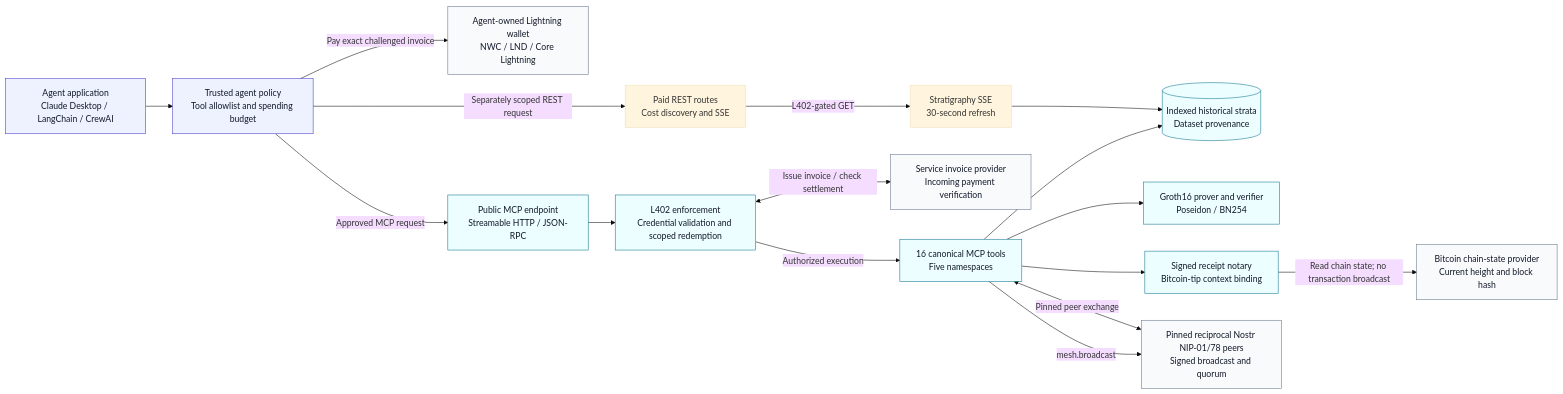
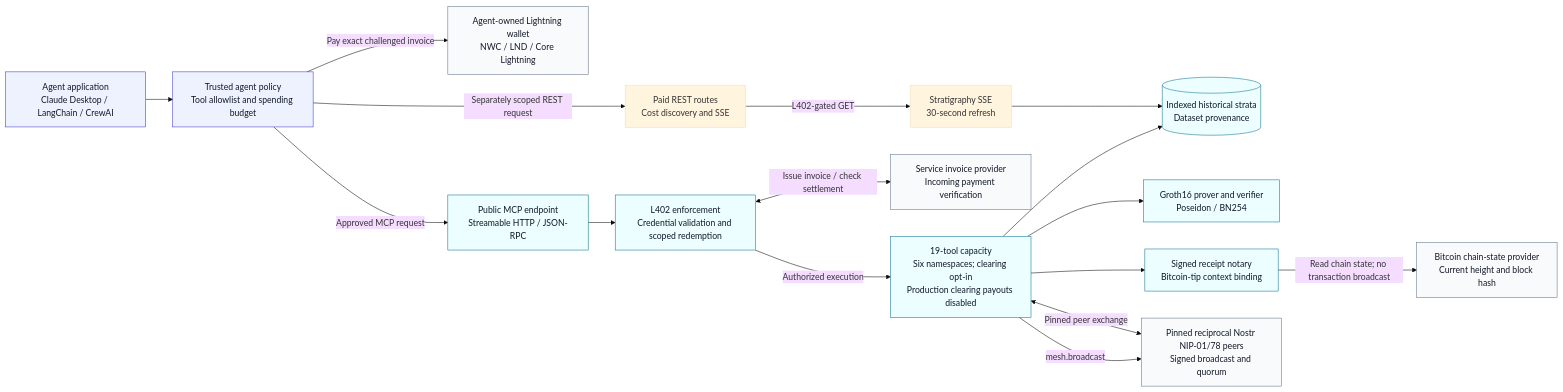
One commit to CharlesStrogish/bitcoin-stratigraphy-mcp changed the first of 4 diagrams in docs/ARCHITECTURE.md. Above: the diagram before and after it, drawn with Mermaid (base theme). The commit also changed other lines of this file and 25 other files, not shown here.

````diff
--- a/docs/ARCHITECTURE.md
+++ b/docs/ARCHITECTURE.md
@@ -48,40 +50,40 @@
 ```mermaid
 flowchart LR
     Agent["Agent application<br/>Claude Desktop / LangChain / CrewAI"]
     Policy["Trusted agent policy<br/>Tool allowlist and spending budget"]
     Payer["Agent-owned Lightning wallet<br/>NWC / LND / Core Lightning"]
     Gateway["Public MCP endpoint<br/>Streamable HTTP / JSON-RPC"]
     Gate["L402 enforcement<br/>Credential validation and scoped redemption"]
-    Tools["16 canonical MCP tools<br/>Five namespaces"]
+    Tools["19-tool capacity<br/>Six namespaces; clearing opt-in<br/>Production clearing payouts disabled"]
     Data[("Indexed historical strata<br/>Dataset provenance")]
     ZK["Groth16 prover and verifier<br/>Poseidon / BN254"]
     Notary["Signed receipt notary<br/>Bitcoin-tip context binding"]
     Tip["Bitcoin chain-state provider<br/>Current height and block hash"]
     Mesh["Pinned reciprocal Nostr NIP-01/78 peers<br/>Signed broadcast and quorum"]
     Issuer["Service invoice provider<br/>Incoming payment verification"]
     Rest["Paid REST routes<br/>Cost discovery and SSE"]
     Stream["Stratigraphy SSE<br/>30-second refresh"]
 
     Agent --> Policy
     Policy -->|"Approved MCP request"| Gateway
     Policy -->|"Separately scoped REST request"| Rest
     Policy -->|"Pay exact challenged invoice"| Payer
     Gateway --> Gate
     Gate <-->|"Issue invoice / check settlement"| Issuer
     Gate -->|"Authorized execution"| Tools
     Tools --> Data
     Tools --> ZK
     Tools --> Notary
     Notary -->|"Read chain state; no transaction broadcast"| Tip
     Tools -->|"mesh.broadcast"| Mesh
     Mesh <-->|"Pinned peer exchange"| Tools
     Rest -->|"L402-gated GET"| Stream
     Stream --> Data
 
     classDef agent fill:#eef2ff,stroke:#4338ca,color:#111827;
     classDef service fill:#ecfeff,stroke:#0e7490,color:#111827;
     classDef external fill:#f8fafc,stroke:#64748b,color:#111827;
     class Agent,Policy agent;
     class Gateway,Gate,Tools,Data,ZK,Notary service;
     class Payer,Tip,Mesh,Issuer external;
 ```
````
